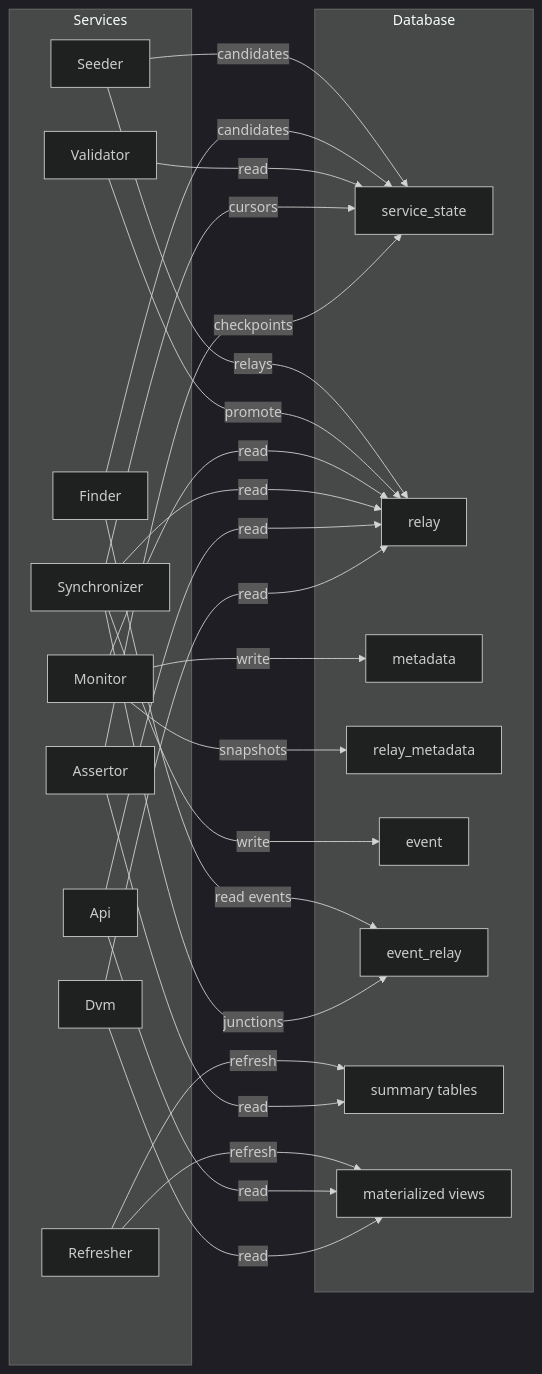
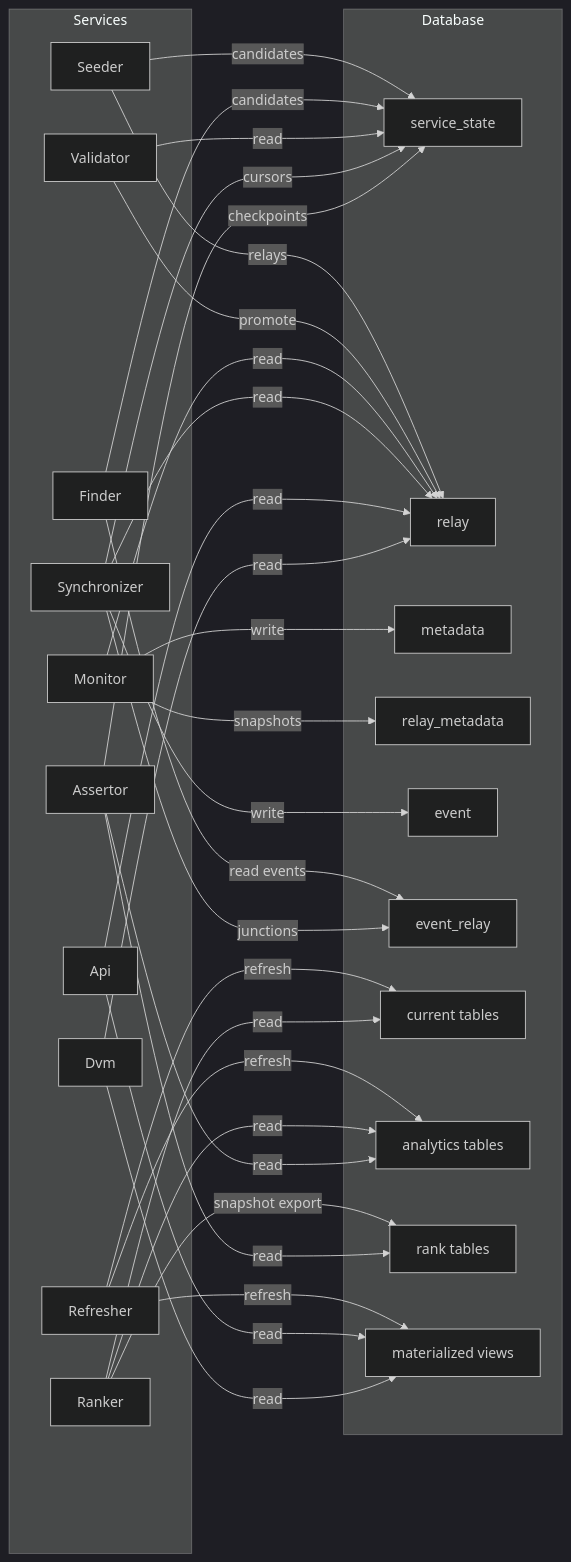
The first of 5 diagrams in docs/user-guide/services.md (BigBrotr/bigbrotr), drawn with Mermaid (dark theme) before and after one commit. The commit also changed other lines of this file and 18 other files, not shown here.

````diff
--- a/docs/user-guide/services.md
+++ b/docs/user-guide/services.md
@@ -23,47 +23,55 @@
 ```mermaid
 flowchart LR
     subgraph Services
         SE["Seeder"]
         FI["Finder"]
         VA["Validator"]
         MO["Monitor"]
         SY["Synchronizer"]
         RE2["Refresher"]
+        RA["Ranker"]
         AS["Assertor"]
         AP["Api"]
         DV["Dvm"]
     end
 
     subgraph Database
         SS["service_state"]
         RE["relay"]
         MD["metadata"]
         RM["relay_metadata"]
         EV["event"]
         ER["event_relay"]
-        ST["summary tables"]
+        CT["current tables"]
+        ST["analytics tables"]
+        RK["rank tables"]
         MV["materialized views"]
     end
 
     SE -->|"candidates"| SS
     SE -->|"relays"| RE
     FI -->|"read events"| ER
     FI -->|"candidates"| SS
     VA -->|"read"| SS
     VA -->|"promote"| RE
     MO -->|"read"| RE
     MO -->|"write"| MD
     MO -->|"snapshots"| RM
     SY -->|"read"| RE
     SY -->|"cursors"| SS
     SY -->|"write"| EV
     SY -->|"junctions"| ER
+    RE2 -->|"refresh"| CT
     RE2 -->|"refresh"| ST
     RE2 -->|"refresh"| MV
+    RA -->|"read"| CT
+    RA -->|"read"| ST
+    RA -->|"snapshot export"| RK
     AS -->|"read"| ST
+    AS -->|"read"| RK
     AS -->|"checkpoints"| SS
     AP -->|"read"| RE
     AP -->|"read"| MV
     DV -->|"read"| RE
     DV -->|"read"| MV
 ```
````
